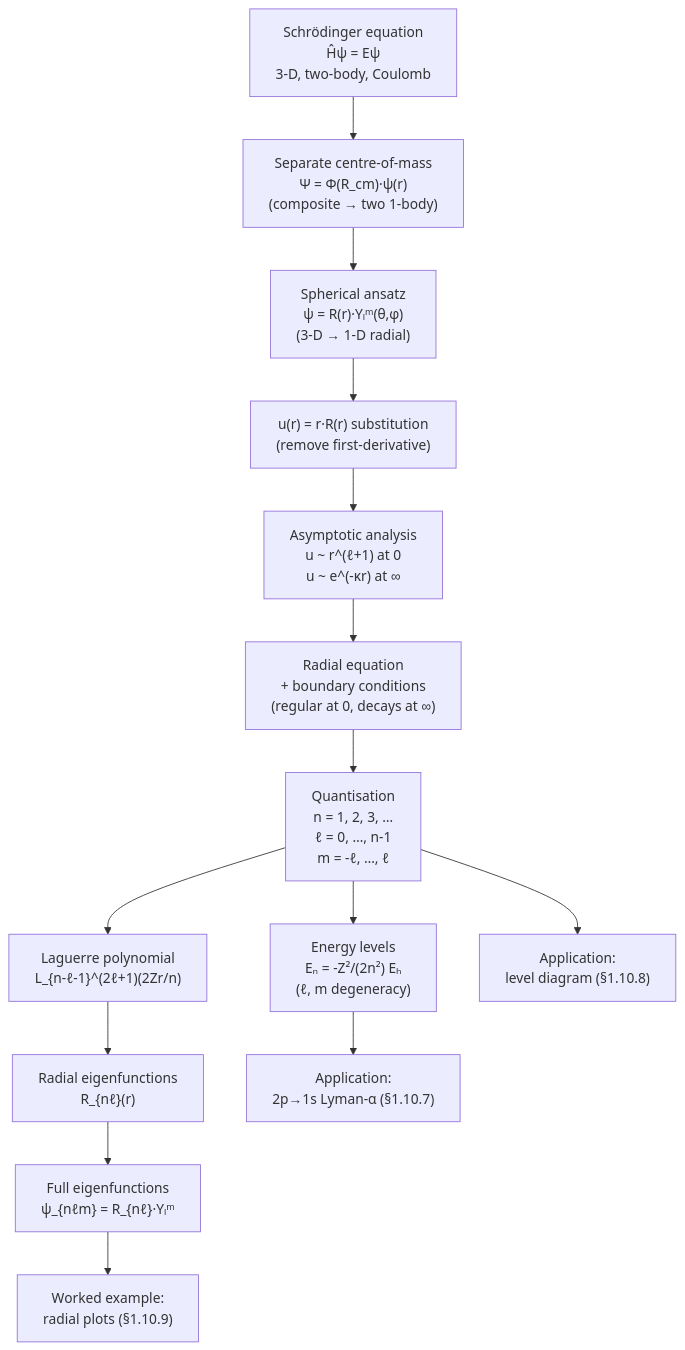
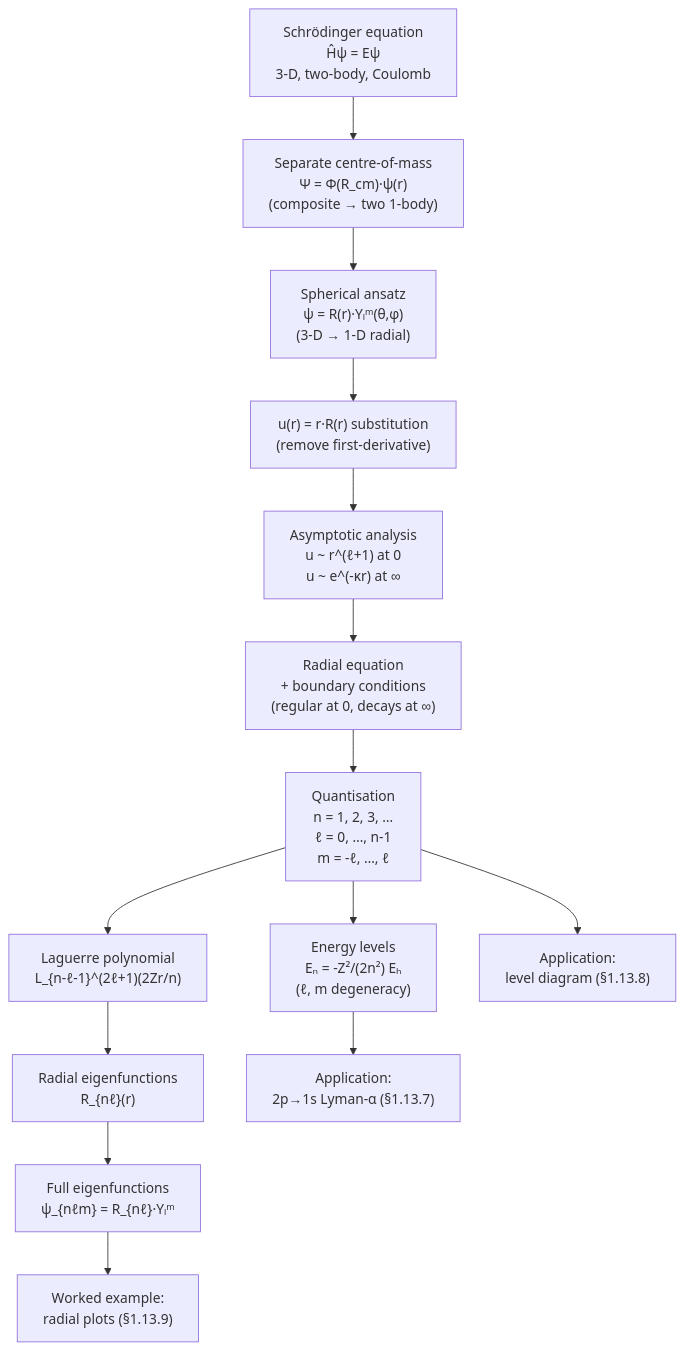
Before and after one commit to Shuvam-Banerji-Seal/DFT-notes: the seventh of 9 diagrams in dft_notes/chapter_01/00-schrodinger-equation.md, drawn with Mermaid. The commit also changed other lines of this file and 34 other files, not shown here.

````diff
--- a/dft_notes/chapter_01/00-schrodinger-equation.md
+++ b/dft_notes/chapter_01/00-schrodinger-equation.md
@@ -1411,17 +2330,17 @@
 ```mermaid
 graph TD
   SE["Schrödinger equation<br/>Ĥψ = Eψ<br/>3-D, two-body, Coulomb"]
   SE --> SEP["Separate centre-of-mass<br/>Ψ = Φ(R_cm)·ψ(r)<br/>(composite → two 1-body)"]
   SEP --> SPH["Spherical ansatz<br/>ψ = R(r)·Yₗᵐ(θ,φ)<br/>(3-D → 1-D radial)"]
   SPH --> U["u(r) = r·R(r) substitution<br/>(remove first-derivative)"]
   U --> ASYMP["Asymptotic analysis<br/>u ~ r^(ℓ+1) at 0<br/>u ~ e^(-κr) at ∞"]
   ASYMP --> RAD["Radial equation<br/>+ boundary conditions<br/>(regular at 0, decays at ∞)"]
   RAD --> QN["Quantisation<br/>n = 1, 2, 3, …<br/>ℓ = 0, …, n-1<br/>m = -ℓ, …, ℓ"]
   QN --> LAG["Laguerre polynomial<br/>L_{n-ℓ-1}^(2ℓ+1)(2Zr/n)"]
   LAG --> R["Radial eigenfunctions<br/>R_{nℓ}(r)"]
   R --> PSI["Full eigenfunctions<br/>ψ_{nℓm} = R_{nℓ}·Yₗᵐ"]
   QN --> EN["Energy levels<br/>Eₙ = -Z²/(2n²) Eₕ<br/>(ℓ, m degeneracy)"]
-  PSI --> RADII["Worked example:<br/>radial plots (§1.10.9)"]
-  EN --> TRANS["Application:<br/>2p→1s Lyman-α (§1.10.7)"]
-  QN --> LEVELS["Application:<br/>level diagram (§1.10.8)"]
+  PSI --> RADII["Worked example:<br/>radial plots (§1.13.9)"]
+  EN --> TRANS["Application:<br/>2p→1s Lyman-α (§1.13.7)"]
+  QN --> LEVELS["Application:<br/>level diagram (§1.13.8)"]
 ```
````
